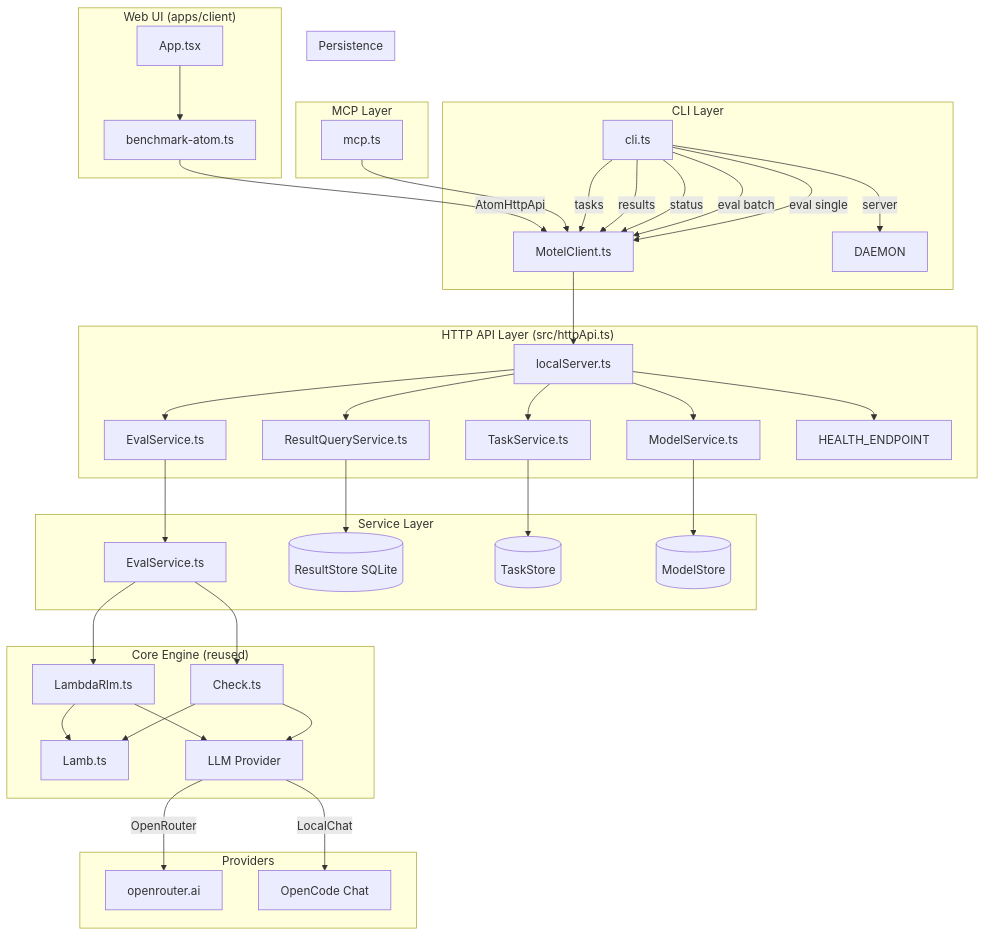
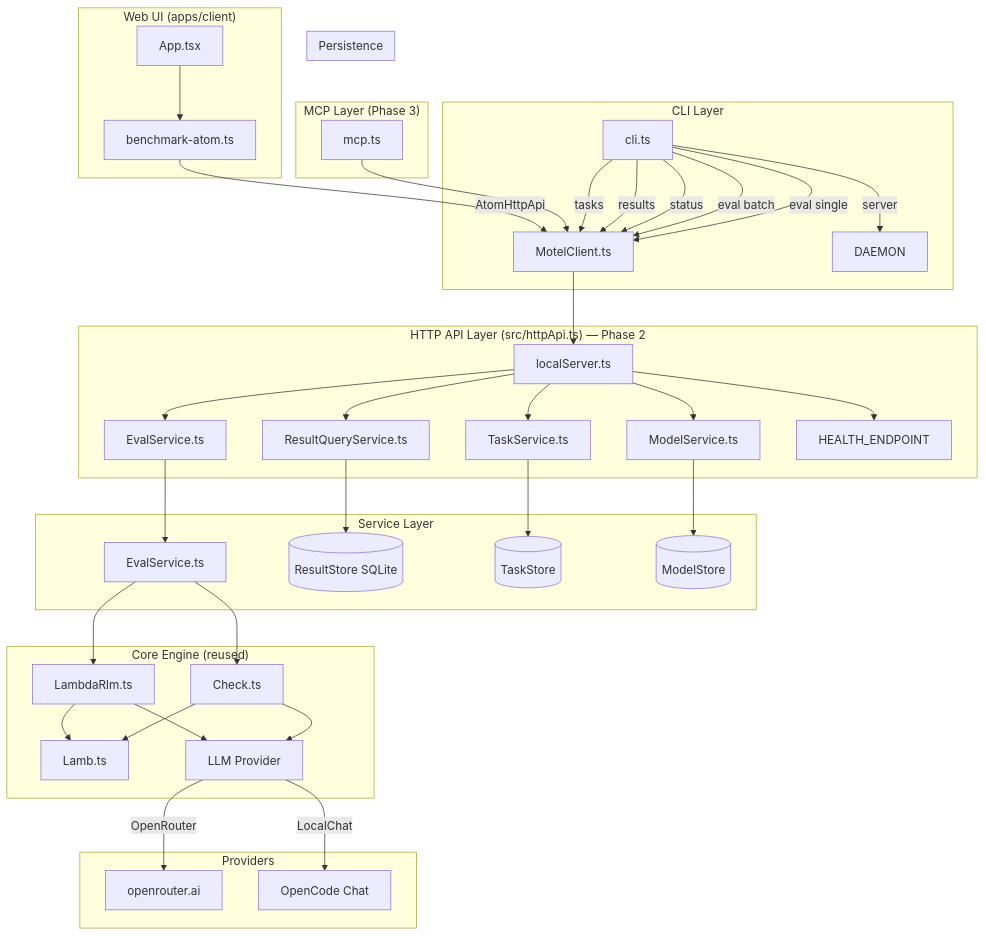
Before and after one commit to lambda-solver/lambdabench-pro: the third of 7 diagrams in docs/technical-specification.md, drawn with Mermaid. The commit also changed other lines of this file and 43 other files, not shown here.

First line of the commit message:
feat: Phase 2-3 HTTP API, CLI, MCP, typed client + drift fixes

````diff
--- a/docs/technical-specification.md
+++ b/docs/technical-specification.md
@@ -115,56 +115,56 @@
 ```mermaid
 graph TB
     subgraph "CLI Layer"
         CLI[cli.ts] -->|eval single| API_CLIENT
         CLI -->|eval batch| API_CLIENT
         CLI -->|server| DAEMON
         CLI -->|status| API_CLIENT
         CLI -->|results| API_CLIENT
         CLI -->|tasks| API_CLIENT
     end
 
-    subgraph "MCP Layer"
+    subgraph "MCP Layer (Phase 3)"
         MCP[mcp.ts] --> API_CLIENT
     end
 
-    subgraph "HTTP API Layer (src/httpApi.ts)"
+    subgraph "HTTP API Layer (src/httpApi.ts) — Phase 2"
         API_CLIENT[MotelClient.ts] --> ROUTER
         ROUTER[localServer.ts] --> EVAL_ENDPOINT
         ROUTER --> RESULTS_ENDPOINT
         ROUTER --> TASKS_ENDPOINT
         ROUTER --> MODELS_ENDPOINT
         ROUTER --> HEALTH_ENDPOINT
     end
 
     subgraph "Service Layer"
         EVAL_ENDPOINT[EvalService.ts] --> EVAL_SERVICE
         RESULTS_ENDPOINT[ResultQueryService.ts] --> RESULT_STORE
         TASKS_ENDPOINT[TaskService.ts] --> TASK_STORE
         MODELS_ENDPOINT[ModelService.ts] --> MODEL_STORE
     end
 
     subgraph "Core Engine (reused)"
         EVAL_SERVICE[EvalService.ts] --> CHECK[Check.ts]
         EVAL_SERVICE --> RLM[LambdaRlm.ts]
         CHECK --> LAMB[Lamb.ts]
         RLM --> LAMB
         CHECK --> LLM[LLM Provider]
         RLM --> LLM
     end
 
     subgraph "Persistence"
         RESULT_STORE[(ResultStore SQLite)]
         TASK_STORE[(TaskStore)]
         MODEL_STORE[(ModelStore)]
     end
 
     subgraph "Web UI (apps/client)"
         WEB[App.tsx] --> ATOM[benchmark-atom.ts]
         ATOM -->|AtomHttpApi| API_CLIENT
     end
 
     subgraph "Providers"
         LLM -->|OpenRouter| OR[openrouter.ai]
         LLM -->|LocalChat| LC[OpenCode Chat]
     end
 ```
````
